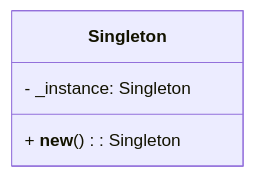
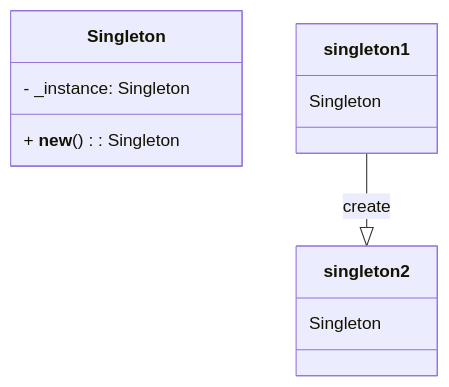
Before and after one commit to SashaKuh/OOP: the diagram in DenysKushnir/lab11/README.md, drawn with Mermaid.

````diff
--- a/DenysKushnir/lab11/README.md
+++ b/DenysKushnir/lab11/README.md
@@ -77,8 +77,14 @@
 ```mermaid
 classDiagram
     class Singleton {
         - _instance: Singleton
         + __new__(): Singleton
     }
 
+    %% Відображення створення екземплярів
+    singleton1: Singleton
+    singleton2: Singleton
+    singleton1 --|> singleton2: create
+
+
 ```
````
